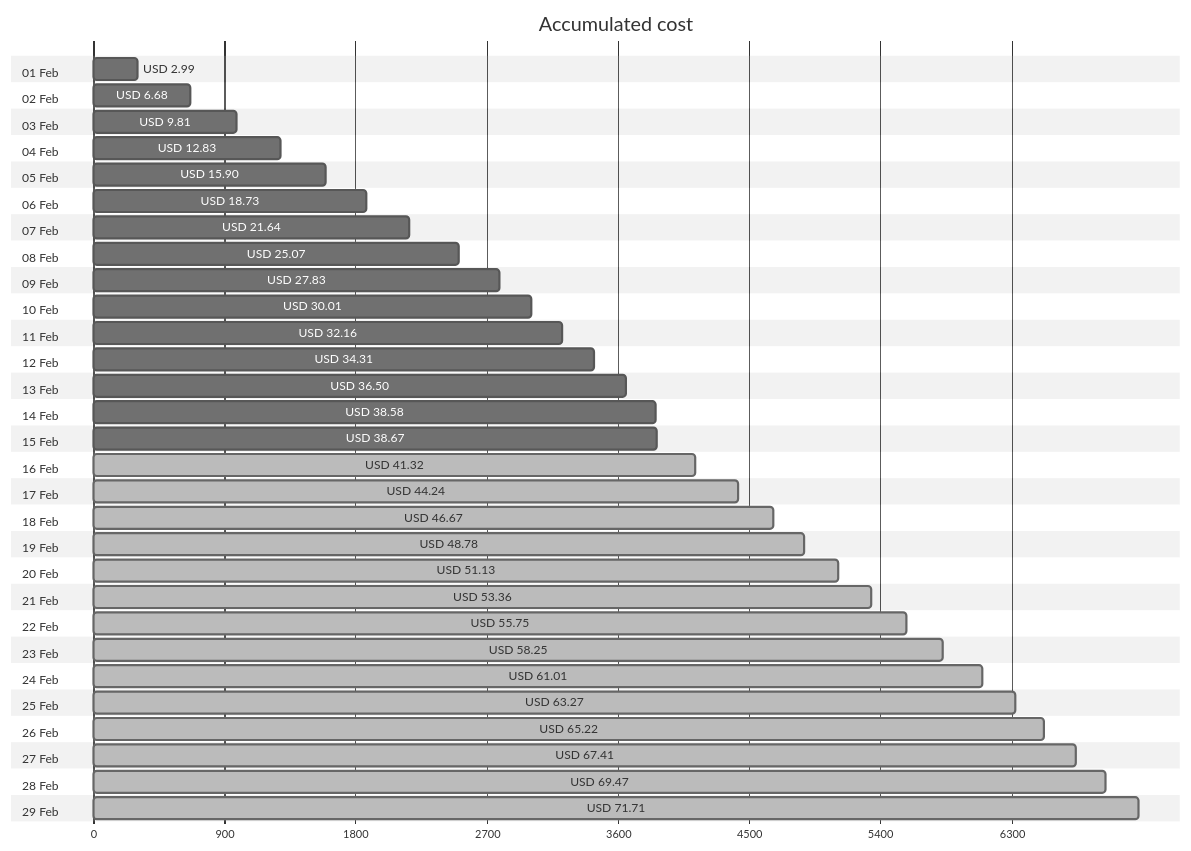
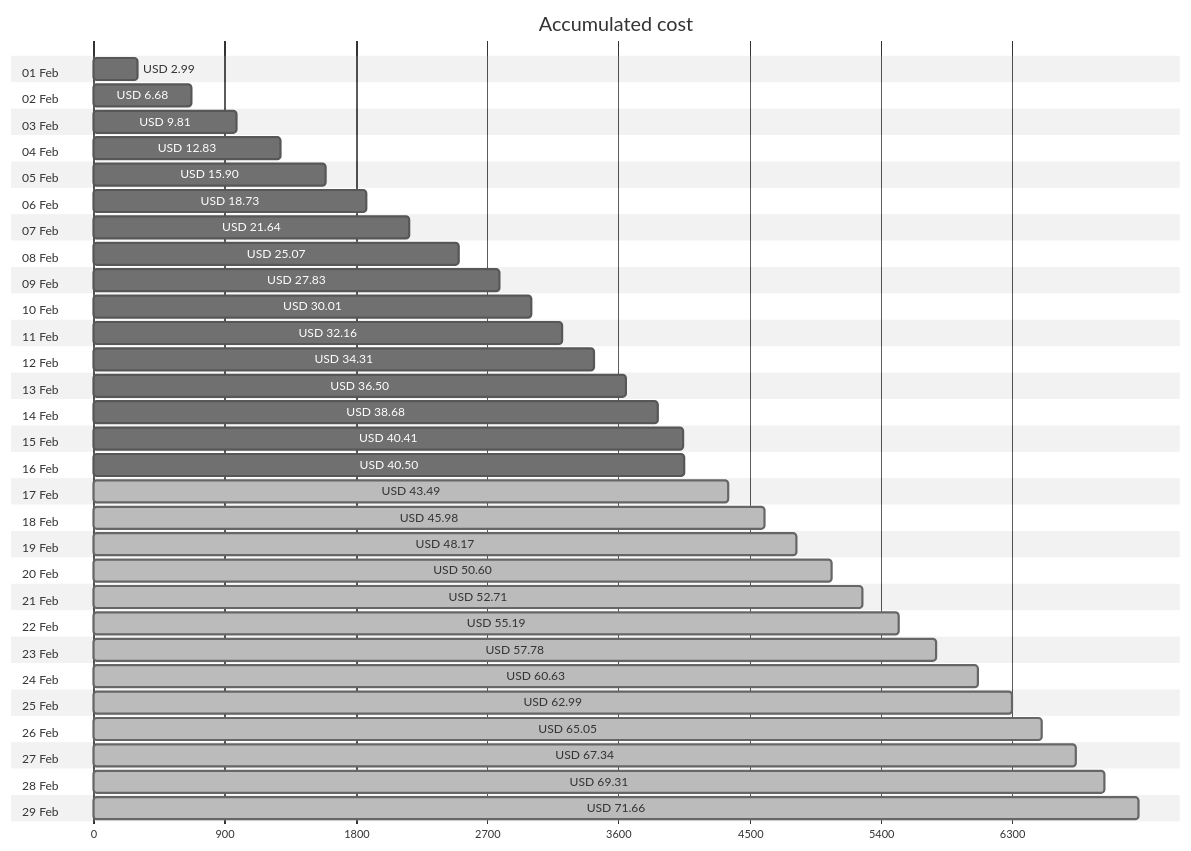
One commit to jpfulton/azure-personal-reports changed the first of 4 diagrams in cost-reports/accumulated-cost.md. Above: the diagram before and after it, drawn with Mermaid (neutral theme). The commit also changed other lines of this file and 4 other files, not shown here.

````diff
--- a/cost-reports/accumulated-cost.md
+++ b/cost-reports/accumulated-cost.md
@@ -20,64 +20,64 @@
 ```mermaid
 gantt
    title Accumulated cost
    dateFormat  X
    axisFormat %s
    section 01 Feb
    USD 2.99 :0, 299
    section 02 Feb
    USD 6.68 :0, 668
    section 03 Feb
    USD 9.81 :0, 981
    section 04 Feb
    USD 12.83 :0, 1283
    section 05 Feb
    USD 15.90 :0, 1590
    section 06 Feb
    USD 18.73 :0, 1873
    section 07 Feb
    USD 21.64 :0, 2164
    section 08 Feb
    USD 25.07 :0, 2507
    section 09 Feb
    USD 27.83 :0, 2783
    section 10 Feb
    USD 30.01 :0, 3001
    section 11 Feb
    USD 32.16 :0, 3216
    section 12 Feb
    USD 34.31 :0, 3431
    section 13 Feb
    USD 36.50 :0, 3650
    section 14 Feb
-   USD 38.58 :0, 3858
+   USD 38.68 :0, 3868
    section 15 Feb
-   USD 38.67 :0, 3867
+   USD 40.41 :0, 4041
    section 16 Feb
-   USD 41.32 : done, 0, 4132
+   USD 40.50 :0, 4050
    section 17 Feb
-   USD 44.24 : done, 0, 4424
+   USD 43.49 : done, 0, 4349
    section 18 Feb
-   USD 46.67 : done, 0, 4667
+   USD 45.98 : done, 0, 4598
    section 19 Feb
-   USD 48.78 : done, 0, 4878
+   USD 48.17 : done, 0, 4817
    section 20 Feb
-   USD 51.13 : done, 0, 5113
+   USD 50.60 : done, 0, 5060
    section 21 Feb
-   USD 53.36 : done, 0, 5336
+   USD 52.71 : done, 0, 5271
    section 22 Feb
-   USD 55.75 : done, 0, 5575
+   USD 55.19 : done, 0, 5519
    section 23 Feb
-   USD 58.25 : done, 0, 5825
+   USD 57.78 : done, 0, 5778
    section 24 Feb
-   USD 61.01 : done, 0, 6101
+   USD 60.63 : done, 0, 6063
    section 25 Feb
-   USD 63.27 : done, 0, 6327
+   USD 62.99 : done, 0, 6299
    section 26 Feb
-   USD 65.22 : done, 0, 6522
+   USD 65.05 : done, 0, 6505
    section 27 Feb
-   USD 67.41 : done, 0, 6741
+   USD 67.34 : done, 0, 6734
    section 28 Feb
-   USD 69.47 : done, 0, 6947
+   USD 69.31 : done, 0, 6931
    section 29 Feb
-   USD 71.71 : done, 0, 7171
+   USD 71.66 : done, 0, 7166
 ```
````
